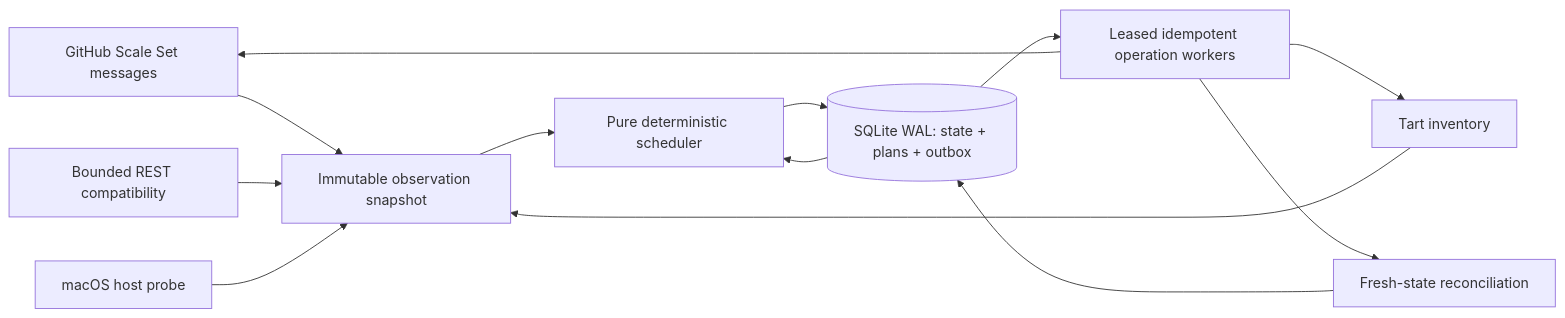
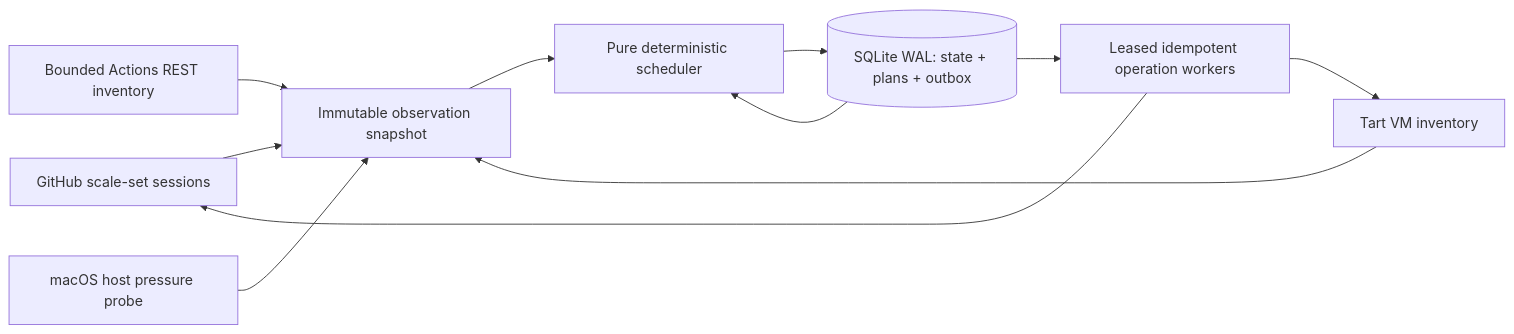
One commit to vitalyiegorov/tart-runner-fleet changed the diagram in README.md. Above: the diagram before and after it, drawn with Mermaid. The commit also changed other lines of this file and 1 other file, not shown here.

````diff
--- a/README.md
+++ b/README.md
@@ -106,15 +20,13 @@
 ```mermaid
 flowchart LR
-  SS["GitHub Scale Set messages"] --> SNAP["Immutable observation snapshot"]
-  REST["Bounded REST compatibility"] --> SNAP
-  HOST["macOS host probe"] --> SNAP
-  TART["Tart inventory"] --> SNAP
+  SS["GitHub scale-set sessions"] --> SNAP["Immutable observation snapshot"]
+  REST["Bounded Actions REST inventory"] --> SNAP
+  HOST["macOS host pressure probe"] --> SNAP
+  TART["Tart VM inventory"] --> SNAP
   SNAP --> CORE["Pure deterministic scheduler"]
   DB[("SQLite WAL: state + plans + outbox")] --> CORE
   CORE --> DB
   DB --> EXEC["Leased idempotent operation workers"]
   EXEC --> TART
   EXEC --> SS
-  EXEC --> RECON["Fresh-state reconciliation"]
-  RECON --> DB
 ```
````
